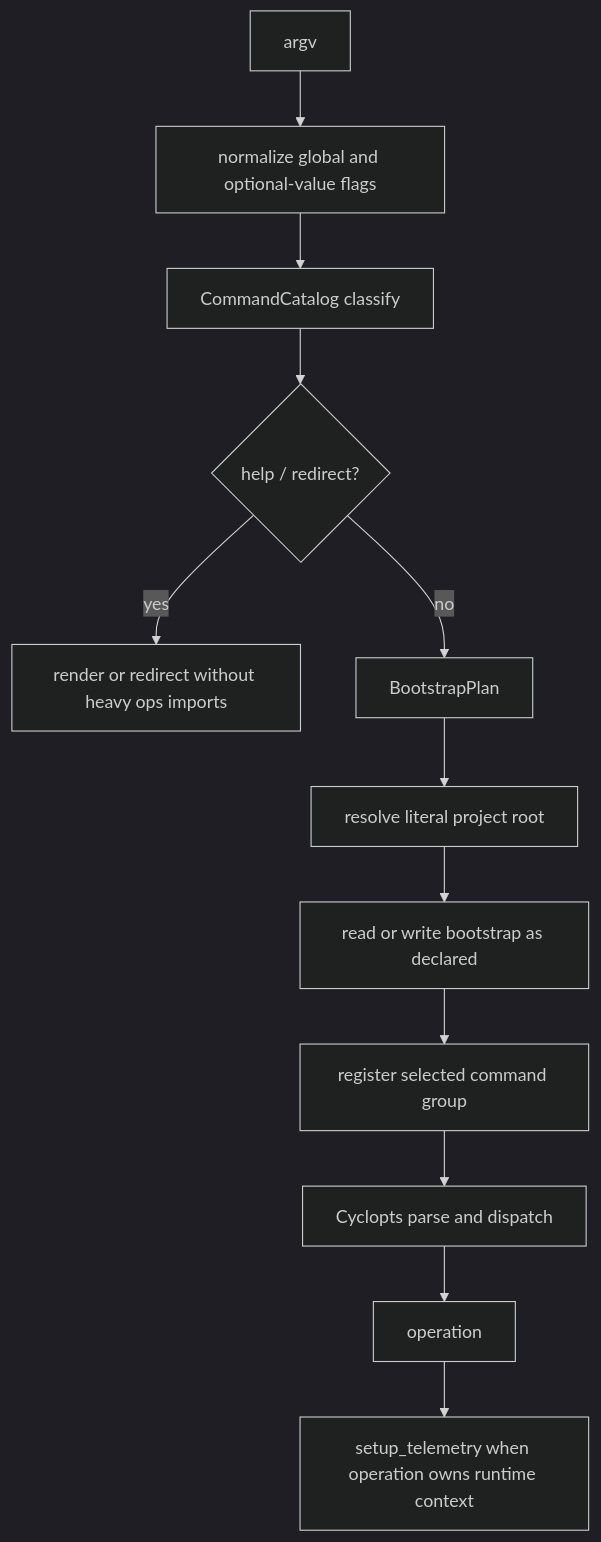
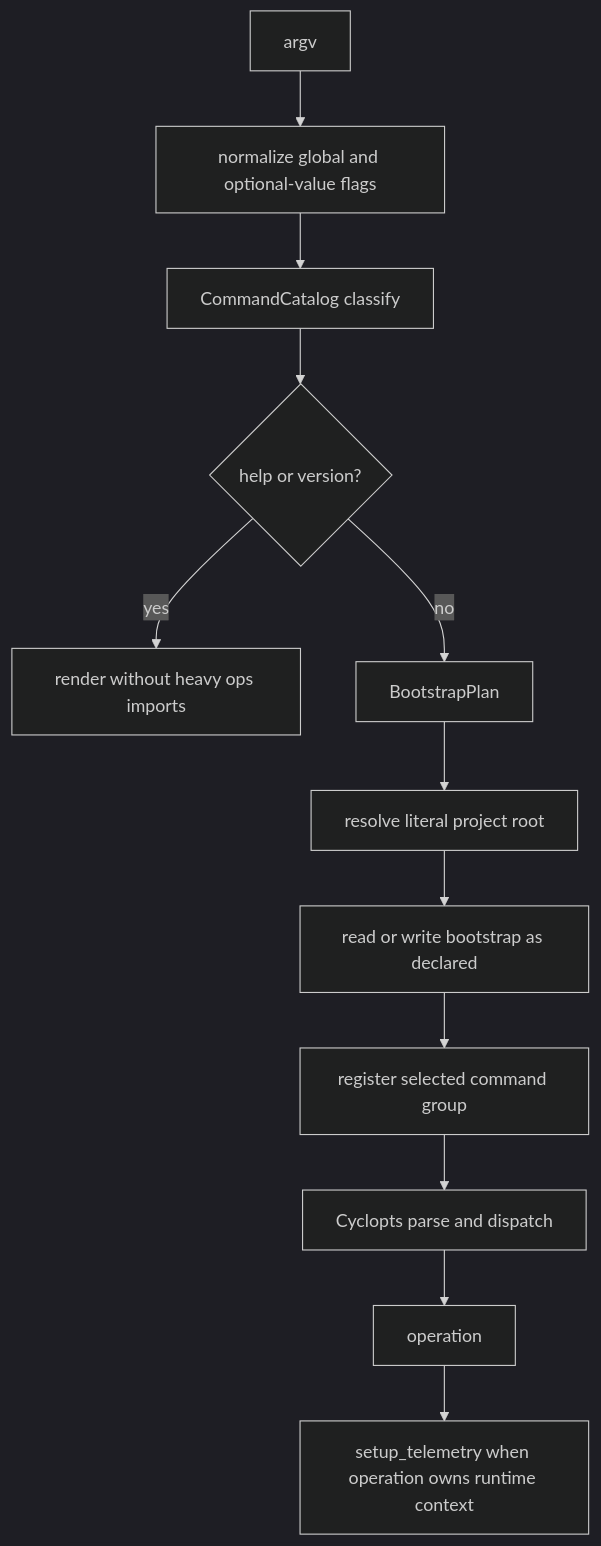
Before and after one commit to haowjy/meridian-cli-kb: the diagram in kb/architecture/startup-pipeline.md, drawn with Mermaid (dark theme). The commit also changed other lines of this file and 19 other files, not shown here.

````diff
--- a/kb/architecture/startup-pipeline.md
+++ b/kb/architecture/startup-pipeline.md
@@ -11,14 +11,14 @@
 ```mermaid
 graph TD
     A[argv] --> N[normalize global and optional-value flags]
     N --> C[CommandCatalog classify]
-    C --> H{help / redirect?}
-    H -->|yes| Q[render or redirect without heavy ops imports]
+    C --> H{help or version?}
+    H -->|yes| Q[render without heavy ops imports]
     H -->|no| B[BootstrapPlan]
     B --> R[resolve literal project root]
     R --> S[read or write bootstrap as declared]
     S --> G[register selected command group]
     G --> P[Cyclopts parse and dispatch]
     P --> O[operation]
     O --> T[setup_telemetry when operation owns runtime context]
 ```
````
